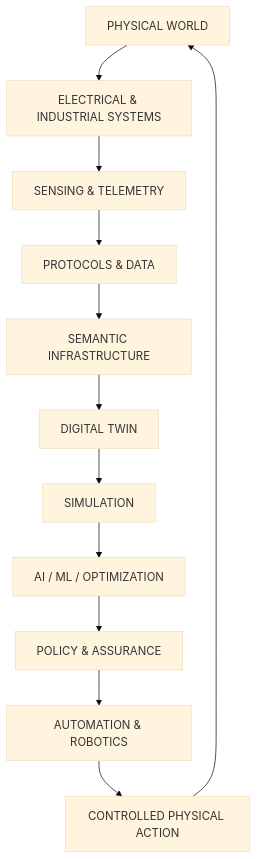
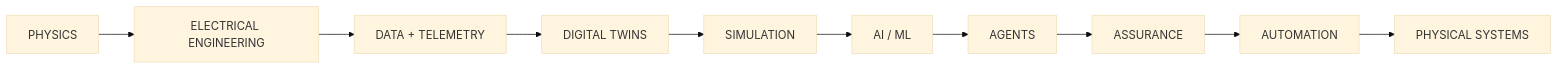
One commit to iceccarelli/iceccarelli changed the second of 33 diagrams in README.md. Above: the diagram before and after it, drawn with Mermaid (base theme). The commit also changed other lines of this file, not shown here.

````diff
--- a/README.md
+++ b/README.md
@@ -118,14 +84,4 @@
 ```mermaid
-flowchart TD
-    A[PHYSICAL WORLD] --> B[ELECTRICAL & INDUSTRIAL SYSTEMS]
-    B --> C[SENSING & TELEMETRY]
-    C --> D[PROTOCOLS & DATA]
-    D --> E[SEMANTIC INFRASTRUCTURE]
-    E --> F[DIGITAL TWIN]
-    F --> G[SIMULATION]
-    G --> H[AI / ML / OPTIMIZATION]
-    H --> I[POLICY & ASSURANCE]
-    I --> J[AUTOMATION & ROBOTICS]
-    J --> K[CONTROLLED PHYSICAL ACTION]
-    K --> A
+flowchart LR
+    A[PHYSICS] --> B[ELECTRICAL ENGINEERING] --> C[DATA + TELEMETRY] --> D[DIGITAL TWINS] --> E[SIMULATION] --> F[AI / ML] --> G[AGENTS] --> H[ASSURANCE] --> I[AUTOMATION] --> J[PHYSICAL SYSTEMS]
 ```
````
